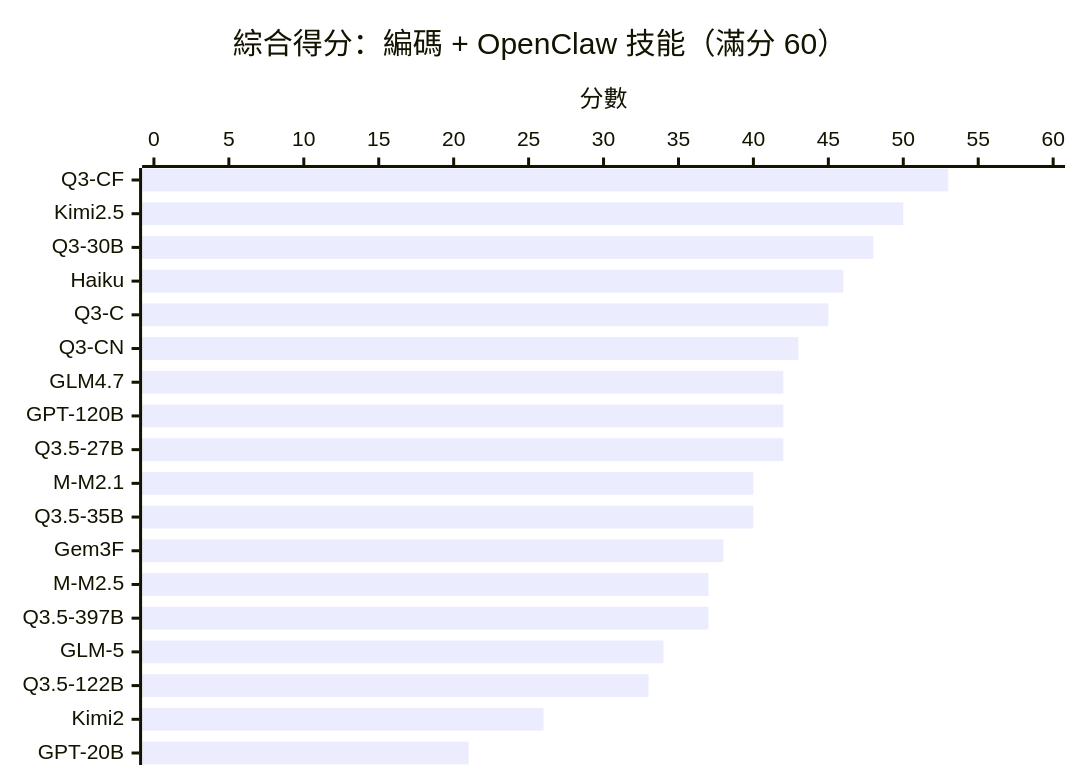
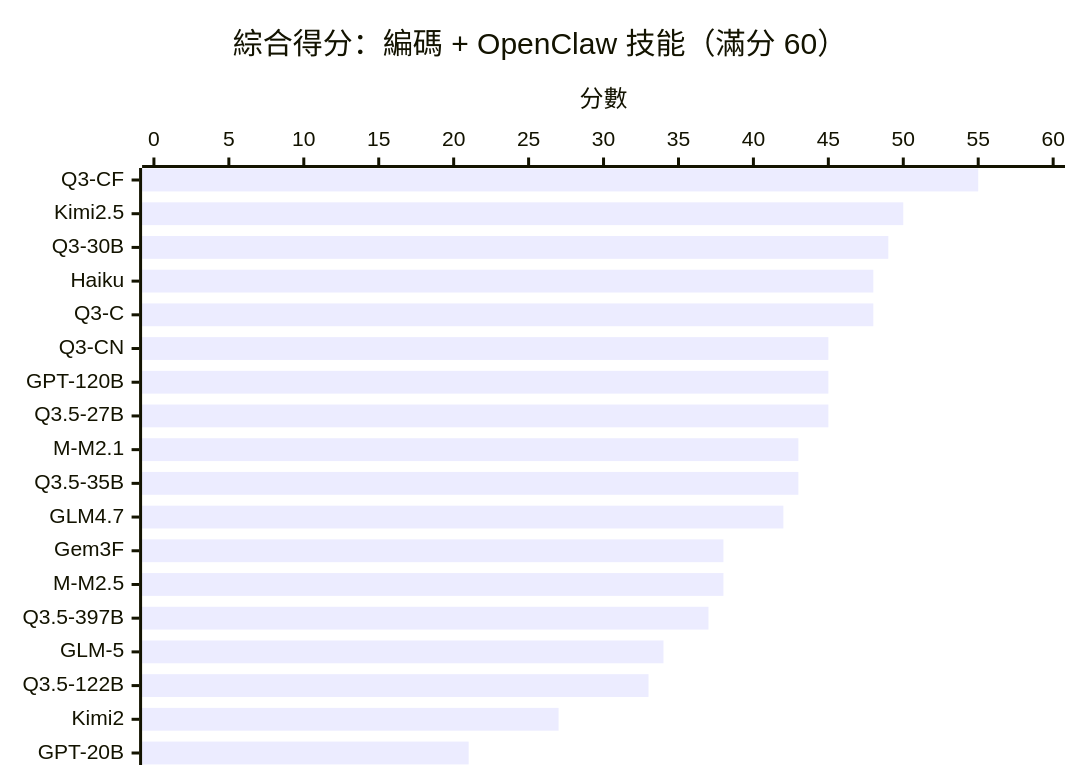
The first of 2 diagrams in README_zh.md (ywchiu/local_agentic_llm), drawn with Mermaid before and after one commit. The commit also changed other lines of this file and 1 other file, not shown here.

````diff
--- a/README_zh.md
+++ b/README_zh.md
@@ -11,7 +16,7 @@
 ```mermaid
 xychart-beta horizontal
     title "綜合得分：編碼 + OpenClaw 技能（滿分 60）"
-    x-axis ["Q3-CF", "Kimi2.5", "Q3-30B", "Haiku", "Q3-C", "Q3-CN", "GLM4.7", "GPT-120B", "Q3.5-27B", "M-M2.1", "Q3.5-35B", "Gem3F", "M-M2.5", "Q3.5-397B", "GLM-5", "Q3.5-122B", "Kimi2", "GPT-20B"]
+    x-axis ["Q3-CF", "Kimi2.5", "Q3-30B", "Haiku", "Q3-C", "Q3-CN", "GPT-120B", "Q3.5-27B", "M-M2.1", "Q3.5-35B", "GLM4.7", "Gem3F", "M-M2.5", "Q3.5-397B", "GLM-5", "Q3.5-122B", "Kimi2", "GPT-20B"]
     y-axis "分數" 0 --> 60
-    bar [53, 50, 48, 46, 45, 43, 42, 42, 42, 40, 40, 38, 37, 37, 34, 33, 26, 21]
+    bar [55, 50, 49, 48, 48, 45, 45, 45, 43, 43, 42, 38, 38, 37, 34, 33, 27, 21]
 ```
````
